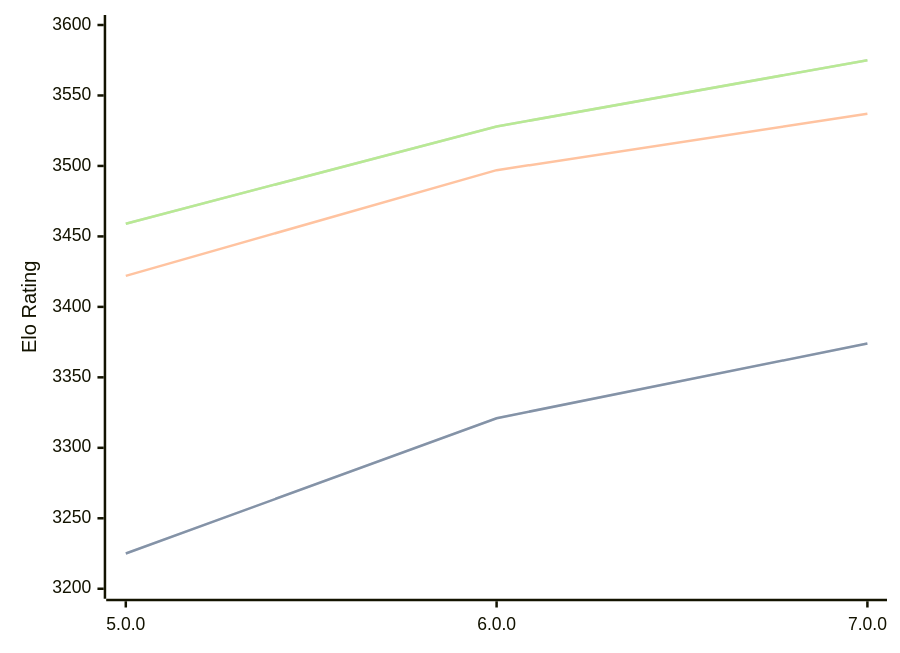
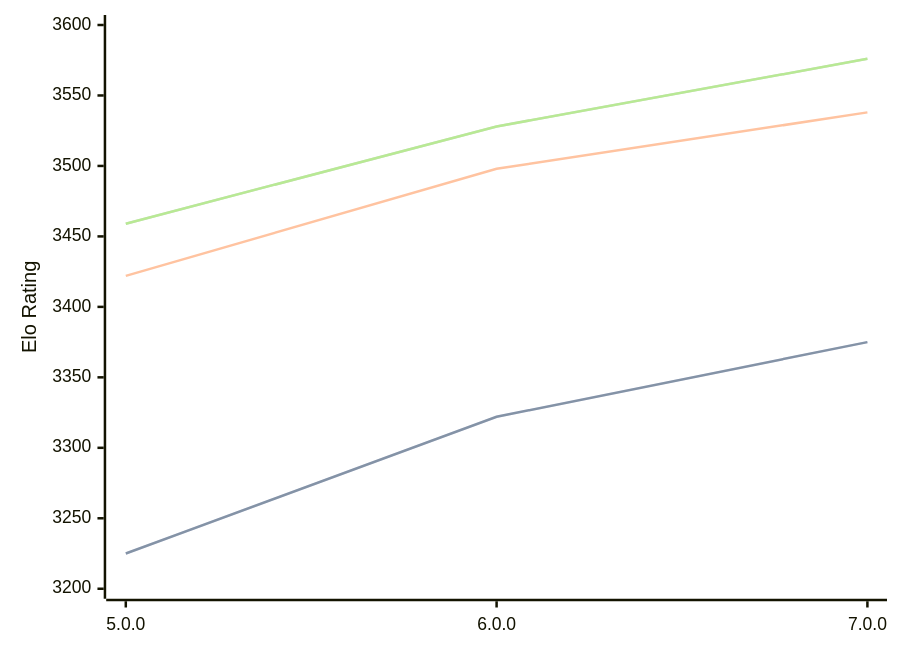
One commit to computer-chess-index/cci changed the diagram in engines/Stormphrax.md. Above: the diagram before and after it, drawn with Mermaid. The commit also changed other lines of this file, not shown here.

Commit message:
Update CCI Ratings (ELO VLTC) - 2026-04-01

````diff
--- a/engines/Stormphrax.md
+++ b/engines/Stormphrax.md
@@ -38,11 +38,11 @@
 ```mermaid
 %%{init: {"theme":"base","themeVariables":{"seriesColors:['#a3a3a3','#222221','#faa371']}}}%%
 xychart-beta
   x-axis ["5.0.0", "6.0.0", "7.0.0"]
   y-axis "Elo Rating" 3200 --> 3600
-  line "STC (8.0+0.08s)" [3225, 3321, 3374]
-  line "STC (8.0+0.08s)" [3225, 3321, 3374]
-  line "LTC (60.0+0.60s)" [3422, 3497, 3537]
-  line "VLTC (2m24s+1.12s)" [3459, 3528, 3575]
-  line "VLTC (2m24s+1.12s)" [3459, 3528, 3575]
+  line "STC (8.0+0.08s)" [3225, 3322, 3375]
+  line "STC (8.0+0.08s)" [3225, 3322, 3375]
+  line "LTC (60.0+0.60s)" [3422, 3498, 3538]
+  line "VLTC (2m24s+1.12s)" [3459, 3528, 3576]
+  line "VLTC (2m24s+1.12s)" [3459, 3528, 3576]
 ```
````
